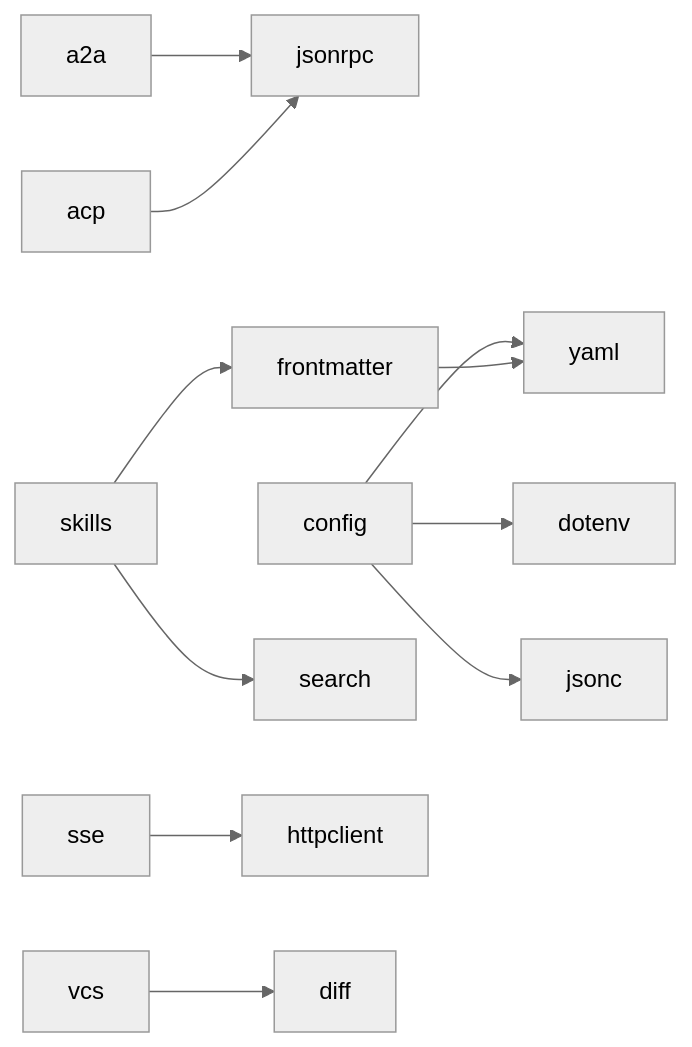
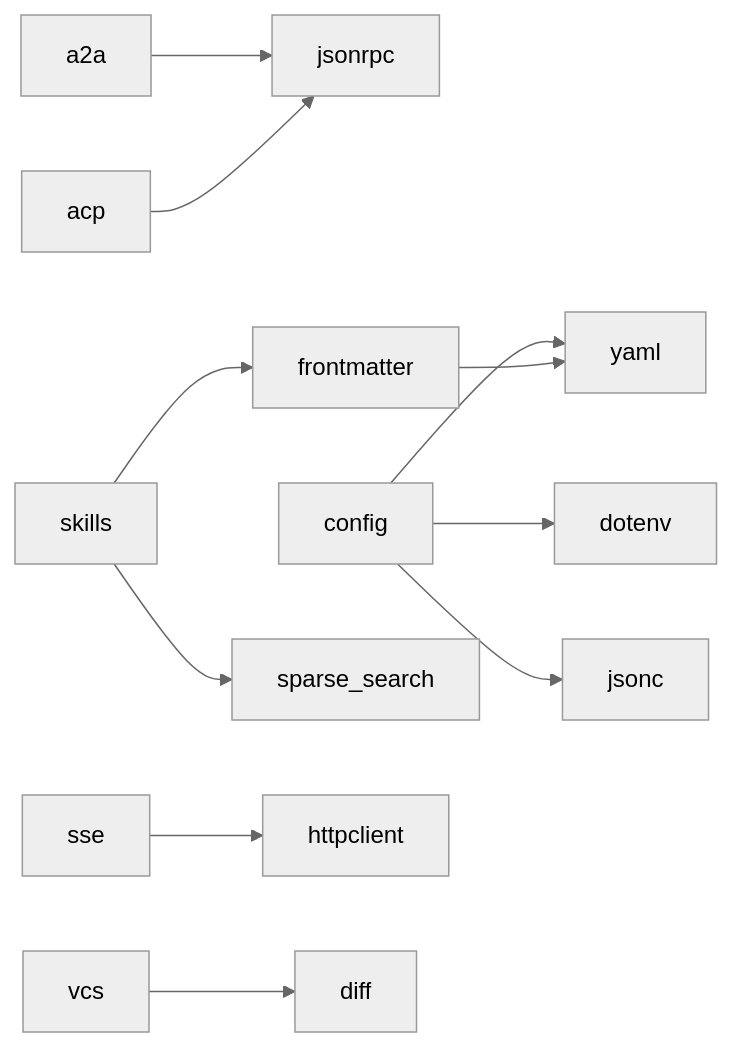
One commit to Oaklight/zerodep changed the diagram in docs/modules/index.md. Above: the diagram before and after it, drawn with Mermaid (neutral theme). The commit also changed 2 other files, not shown here.

Commit message:
docs: update search → sparse_search references

````diff
--- a/docs/modules/index.md
+++ b/docs/modules/index.md
@@ -95,13 +95,13 @@
 ```mermaid
 graph LR
     a2a --> jsonrpc
     acp --> jsonrpc
     config --> dotenv
     config --> yaml
     config --> jsonc
     frontmatter --> yaml
     skills --> frontmatter
-    skills --> search
+    skills --> sparse_search
     sse --> httpclient
     vcs --> diff
 ```
````
